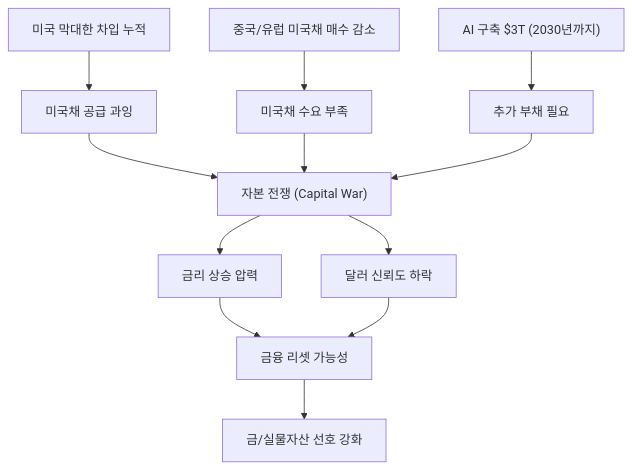
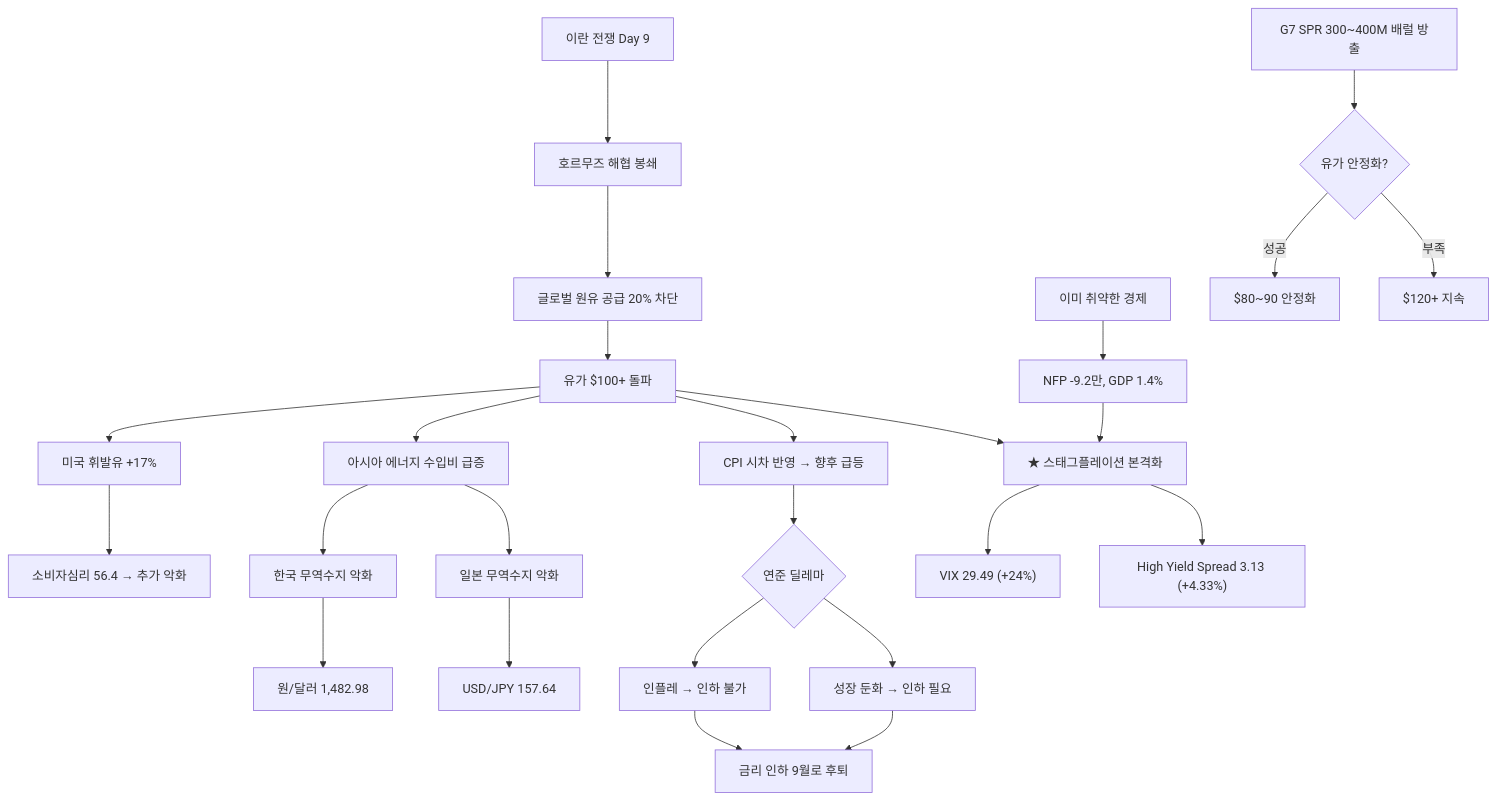
The first of 8 diagrams in _posts/knowledge/invest/2026-01-21-macroeconomic-policy-sector-outlook-2026.md (dss99911/dss99911.github.io), drawn with Mermaid before and after one commit. The commit also changed other lines of this file and 4 other files, not shown here.

````diff
--- a/_posts/knowledge/invest/2026-01-21-macroeconomic-policy-sector-outlook-2026.md
+++ b/_posts/knowledge/invest/2026-01-21-macroeconomic-policy-sector-outlook-2026.md
@@ -84,14 +80,27 @@
 ```mermaid
 graph TD
-    A["미국 막대한 차입 누적"] --> B["미국채 공급 과잉"]
-    C["중국/유럽 미국채 매수 감소"] --> D["미국채 수요 부족"]
-    B --> E["자본 전쟁 (Capital War)"]
-    D --> E
-    F["AI 구축 $3T (2030년까지)"] --> G["추가 부채 필요"]
-    G --> E
-    E --> H["금리 상승 압력"]
-    E --> I["달러 신뢰도 하락"]
-    H --> J["금융 리셋 가능성"]
-    I --> J
-    J --> K["금/실물자산 선호 강화"]
+    A["이란 전쟁 Day 9"] --> B["호르무즈 해협 봉쇄"]
+    B --> C["글로벌 원유 공급 20% 차단"]
+    C --> D["유가 $100+ 돌파"]
+    D --> E["미국 휘발유 +17%"]
+    D --> F["아시아 에너지 수입비 급증"]
+    D --> G["CPI 시차 반영 → 향후 급등"]
+    E --> H["소비자심리 56.4 → 추가 악화"]
+    F --> I["한국 무역수지 악화"]
+    F --> J["일본 무역수지 악화"]
+    I --> K["원/달러 1,482.98"]
+    J --> L["USD/JPY 157.64"]
+    G --> M{"연준 딜레마"}
+    M --> N["인플레 → 인하 불가"]
+    M --> O["성장 둔화 → 인하 필요"]
+    N --> P["금리 인하 9월로 후퇴"]
+    O --> P
+    Q["이미 취약한 경제"] --> R["NFP -9.2만, GDP 1.4%"]
+    R --> S["★ 스태그플레이션 본격화"]
+    D --> S
+    S --> T["VIX 29.49 (+24%)"]
+    S --> U["High Yield Spread 3.13 (+4.33%)"]
+    V["G7 SPR 300~400M 배럴 방출"] --> W{"유가 안정화?"}
+    W -->|"성공"| X["$80~90 안정화"]
+    W -->|"부족"| Y["$120+ 지속"]
 ```
````
